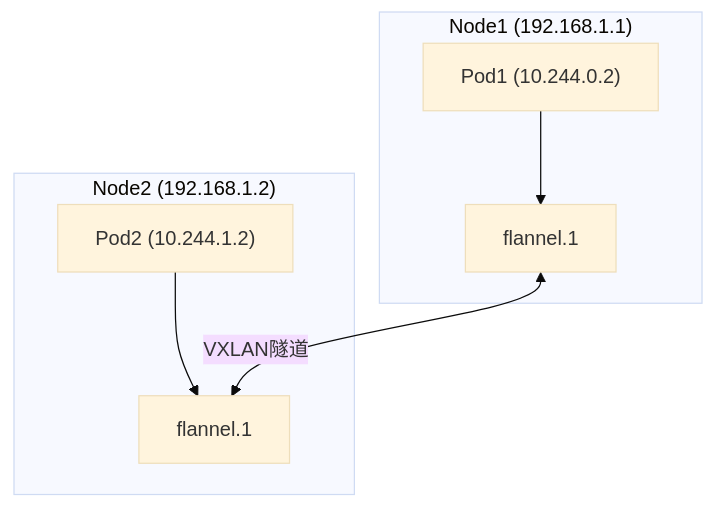
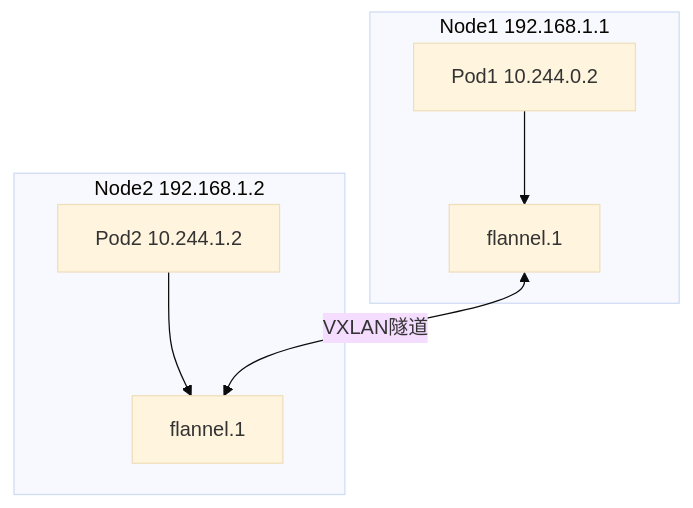
One commit to jpixy/jpixy.github.io changed the fourth of 4 diagrams in content/articles/networking/net-12-网络虚拟化技术.md. Above: the diagram before and after it, drawn with Mermaid (base theme). The commit also changed other lines of this file and 66 other files, not shown here.

Commit message:
fix: resolve Mermaid syntax errors by removing parentheses in node labels

````diff
--- a/content/articles/networking/net-12-网络虚拟化技术.md
+++ b/content/articles/networking/net-12-网络虚拟化技术.md
@@ -348,16 +348,16 @@
 ```mermaid
 graph TB
-    subgraph Node1["Node1 (192.168.1.1)"]
-        Pod1["Pod1 (10.244.0.2)"]
+    subgraph Node1["Node1 192.168.1.1"]
+        Pod1["Pod1 10.244.0.2"]
         F1[flannel.1]
         Pod1 --> F1
     end
     
-    subgraph Node2["Node2 (192.168.1.2)"]
-        Pod2["Pod2 (10.244.1.2)"]
+    subgraph Node2["Node2 192.168.1.2"]
+        Pod2["Pod2 10.244.1.2"]
         F2[flannel.1]
         Pod2 --> F2
     end
     
     F1 <-->|VXLAN隧道| F2
 ```
````
